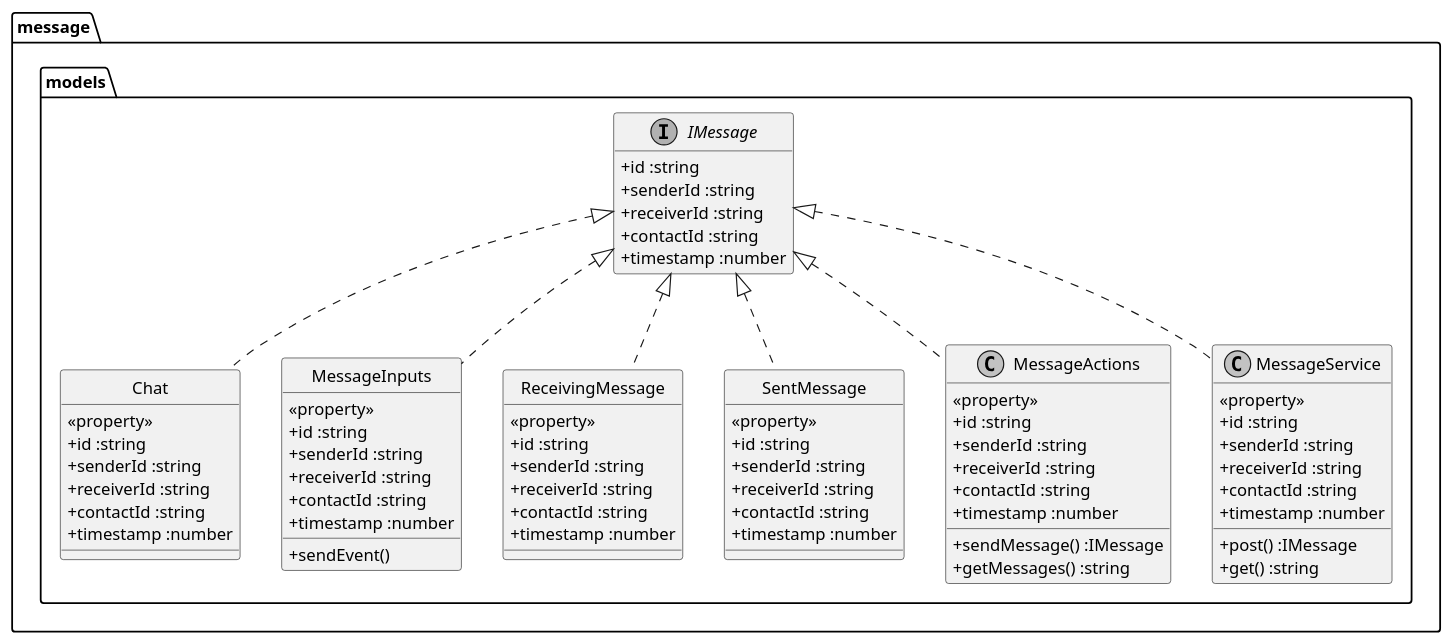
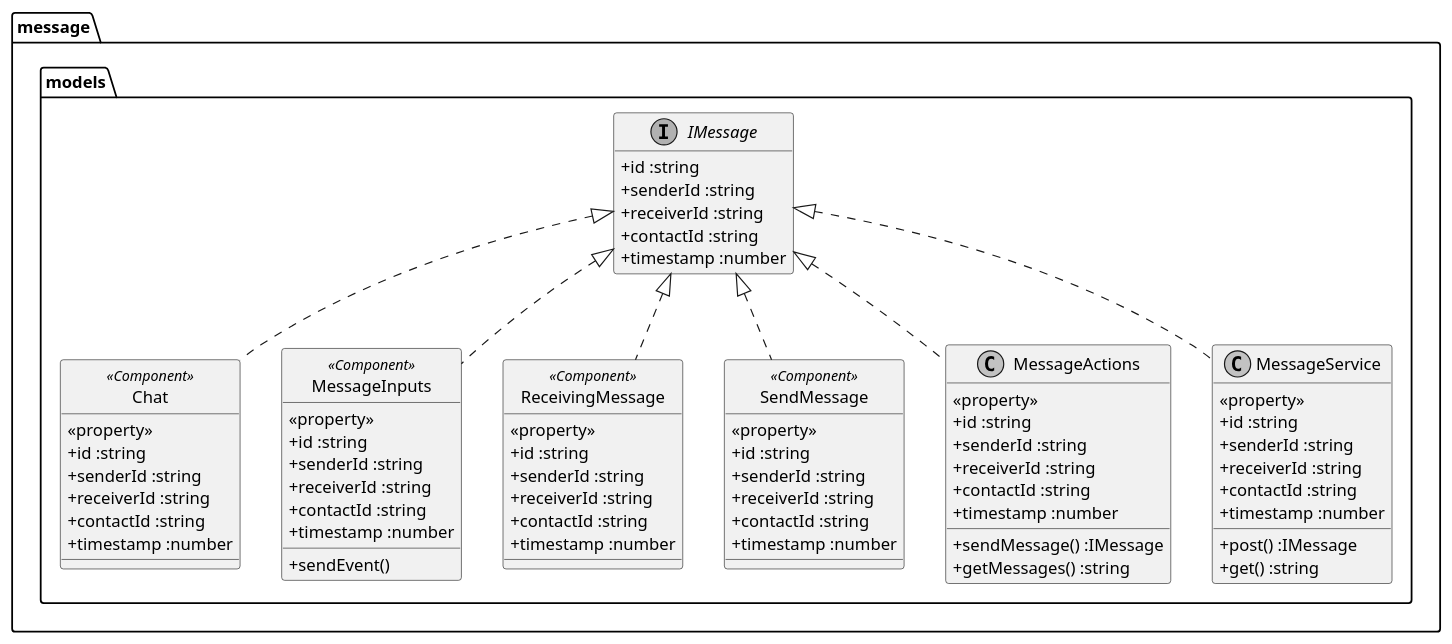
The diagram in diagrams/src/software-design/class-model-diagrams/message.models.pu (converge-app/software-design), drawn with PlantUML before and after one commit. The commit also changed 18 other files, not shown here.

Commit message:
added service diagrams

```diff
--- a/diagrams/src/software-design/class-model-diagrams/message.models.pu
+++ b/diagrams/src/software-design/class-model-diagrams/message.models.pu
@@ -1,94 +1,94 @@
 @startuml
 
  skinparam monochrome true
  skinparam classAttributeIconSize 0
  top to bottom direction
 package "message.models"{
   
   interface "IMessage" {
     + id :string
     + senderId :string
     + receiverId :string
     + contactId :string
     + timestamp :number
   }
   hide IMessage  methods
 
   
 
-class "Chat" {
+class "Chat" <<Component>>{
   <<property>>
    + id :string
     + senderId :string
     + receiverId :string
     + contactId :string
     + timestamp :number
 }
 hide Chat circle
 
-class "MessageInputs" {
+class "MessageInputs" <<Component>>{
   + sendEvent()
   <<property>>
     + id :string
     + senderId :string
     + receiverId :string
     + contactId :string
     + timestamp :number
 }
 hide MessageInputs circle
 
   
-class "ReceivingMessage" {
+class "ReceivingMessage" <<Component>>{
   <<property>>
     + id :string
     + senderId :string
     + receiverId :string
     + contactId :string
     + timestamp :number
 }
 hide ReceivingMessage circle
   
   
-class "SentMessage" {
+class "SendMessage" <<Component>>{
   <<property>>
     + id :string
     + senderId :string
     + receiverId :string
     + contactId :string
     + timestamp :number
 }
-hide SentMessage circle
+hide SendMessage circle
   
 class "MessageActions" {
   + sendMessage() :IMessage
   + getMessages() :string
   <<property>>
     + id :string
     + senderId :string
     + receiverId :string
     + contactId :string
     + timestamp :number
 }
 
 class "MessageService" {
   + post() :IMessage
   + get() :string
   <<property>>
     + id :string
     + senderId :string
     + receiverId :string
     + contactId :string
     + timestamp :number
 }
   
   IMessage <|.. MessageInputs 
   IMessage <|.. Chat
    IMessage <|.. ReceivingMessage
-   IMessage <|.. SentMessage
+   IMessage <|.. SendMessage
   IMessage <|.. MessageActions
   IMessage <|.. MessageService
 
 }
 
 
 @enduml
```
